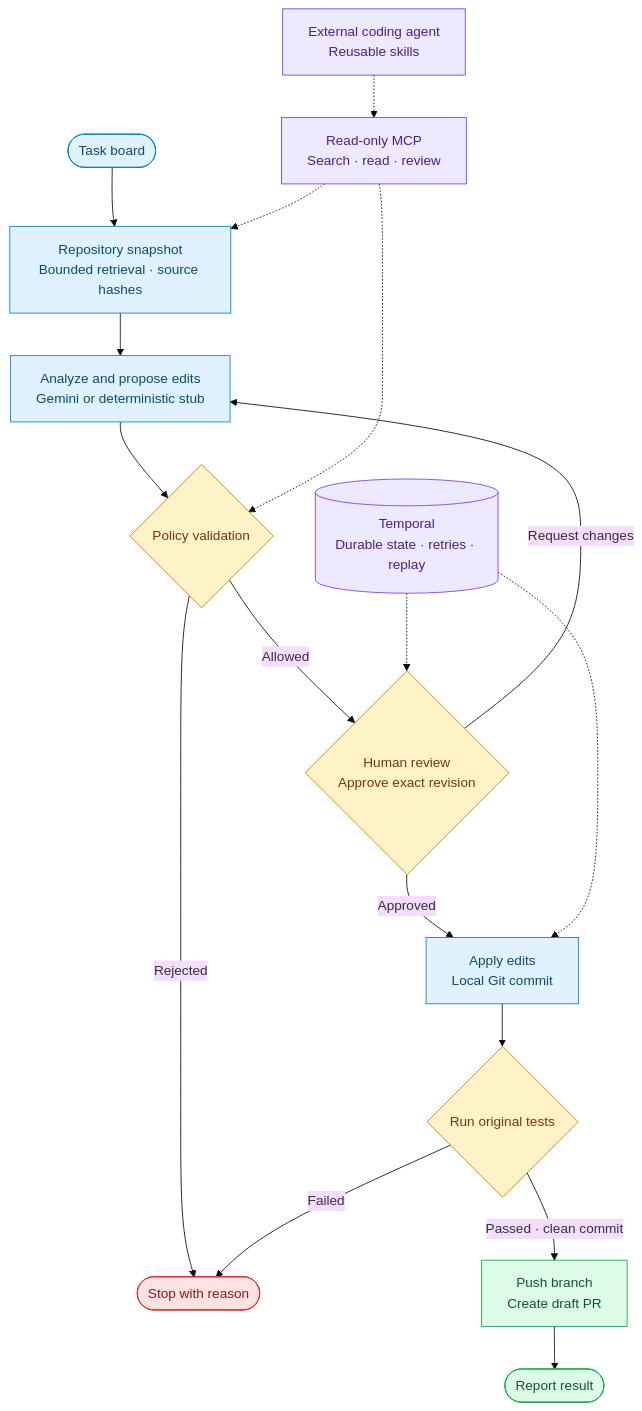
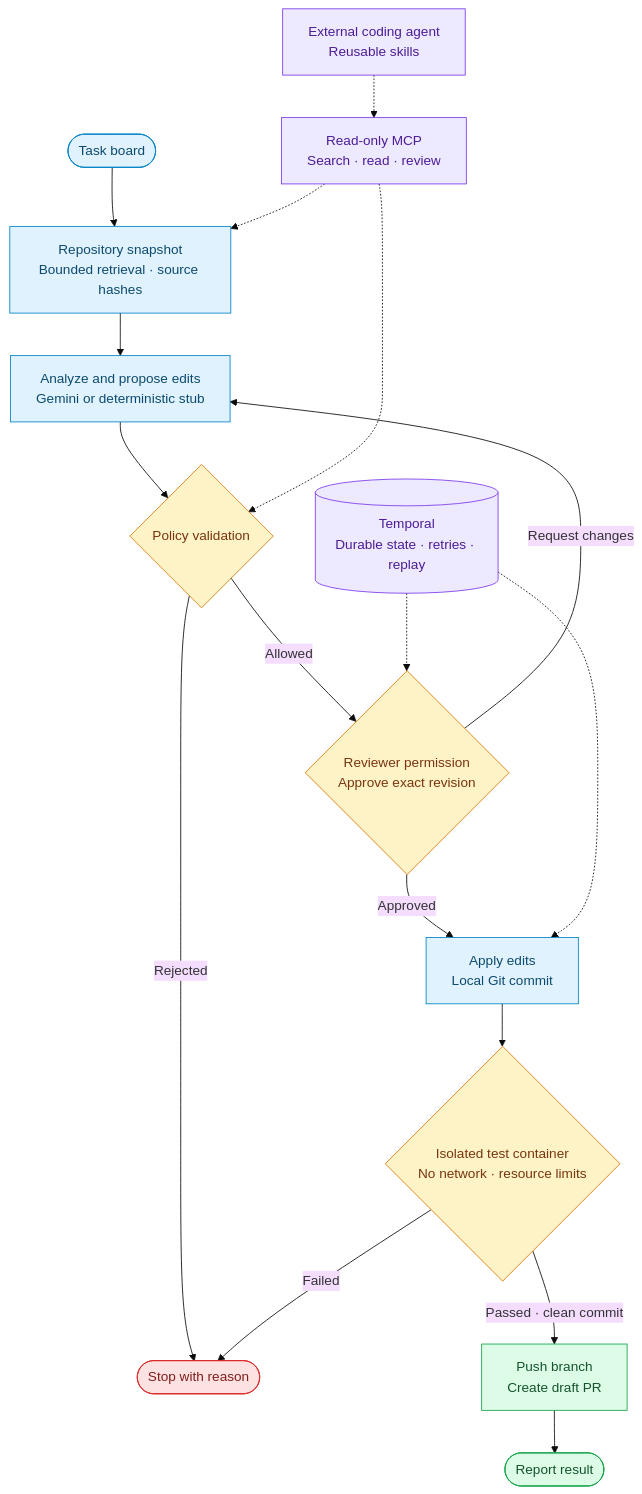
One commit to brezetsky/agentic-task-pipeline changed the diagram in README.md. Above: the diagram before and after it, drawn with Mermaid (base theme). The commit also changed other lines of this file and 22 other files, not shown here.

````diff
--- a/README.md
+++ b/README.md
@@ -7,31 +7,31 @@
 ```mermaid
 flowchart TB
   task([Task board]) --> context[Repository snapshot<br/>Bounded retrieval · source hashes]
   context --> plan[Analyze and propose edits<br/>Gemini or deterministic stub]
   plan --> policy{Policy validation}
-  policy -->|Allowed| approval{Human review<br/>Approve exact revision}
+  policy -->|Allowed| approval{Reviewer permission<br/>Approve exact revision}
   policy -->|Rejected| stopped([Stop with reason])
   approval -->|Request changes| plan
   approval -->|Approved| implement[Apply edits<br/>Local Git commit]
-  implement --> test{Run original tests}
+  implement --> test{Isolated test container<br/>No network · resource limits}
   test -->|Failed| stopped
   test -->|Passed · clean commit| pr[Push branch<br/>Create draft PR]
   pr --> report([Report result])
 
   agent[External coding agent<br/>Reusable skills] -.-> mcp[Read-only MCP<br/>Search · read · review]
   mcp -.-> context
   mcp -.-> policy
   temporal[(Temporal<br/>Durable state · retries · replay)] -.-> approval
   temporal -.-> implement
 
   classDef input fill:#e0f2fe,stroke:#0284c7,color:#0c4a6e
   classDef gate fill:#fef3c7,stroke:#d97706,color:#78350f
   classDef success fill:#dcfce7,stroke:#16a34a,color:#14532d
   classDef failure fill:#fee2e2,stroke:#dc2626,color:#7f1d1d
   classDef platform fill:#ede9fe,stroke:#7c3aed,color:#4c1d95
   class task,context,plan,implement input
   class policy,approval,test gate
   class pr,report success
   class stopped failure
   class agent,mcp,temporal platform
 ```
````
